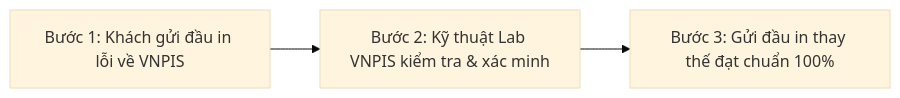
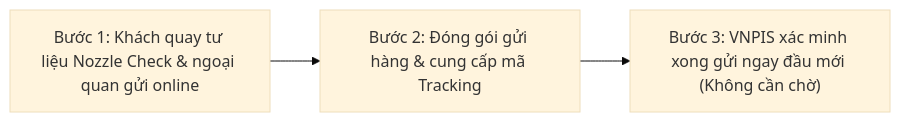
The diagram in vnpis-web/content/articles/bang-gia-dau-in-brother-dtg-gtx-gtxpro-chinh-hang.md (tamluu253/vnpis-web), drawn with Mermaid (base theme) before and after one commit. The commit also changed other lines of this file and 9 other files, not shown here.

````diff
--- a/vnpis-web/content/articles/bang-gia-dau-in-brother-dtg-gtx-gtxpro-chinh-hang.md
+++ b/vnpis-web/content/articles/bang-gia-dau-in-brother-dtg-gtx-gtxpro-chinh-hang.md
@@ -92,5 +92,5 @@
 ```mermaid
 flowchart LR
-    A["Bước 1: Khách gửi đầu in lỗi về VNPIS"] --> B["Bước 2: Kỹ thuật Lab VNPIS kiểm tra & xác minh"]
-    B --> C["Bước 3: Gửi đầu in thay thế đạt chuẩn 100%"]
+    A["Bước 1: Khách quay tư liệu Nozzle Check & ngoại quan gửi online"] --> B["Bước 2: Đóng gói gửi hàng & cung cấp mã Tracking"]
+    B --> C["Bước 3: VNPIS xác minh xong gửi ngay đầu mới (Không cần chờ)"]
 ```
````
